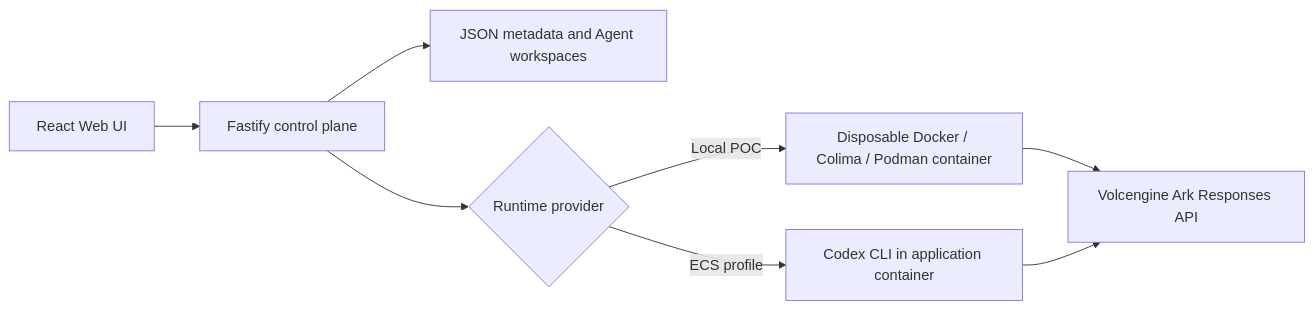
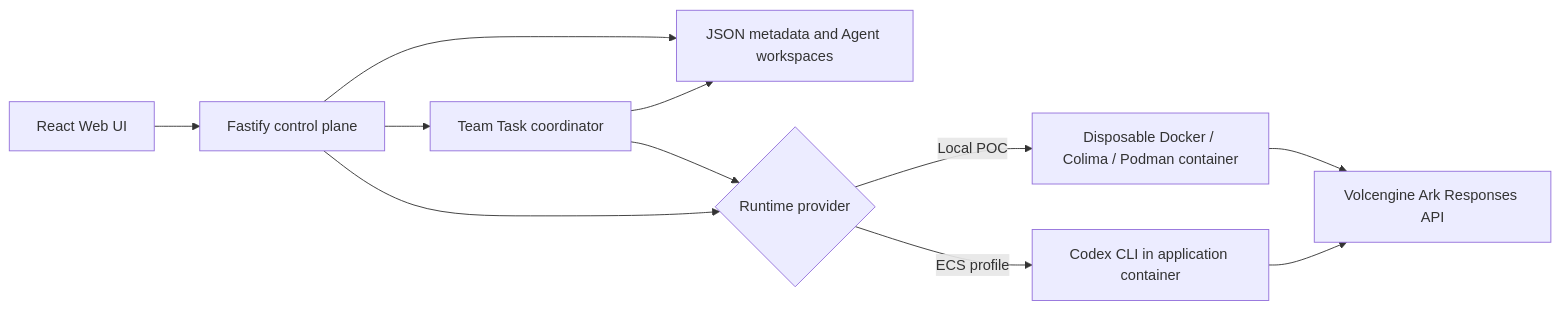
The diagram in README.md (waiyeeyuen/SmallPotato), drawn with Mermaid before and after one commit. The commit also changed other lines of this file and 17 other files, not shown here.

````diff
--- a/README.md
+++ b/README.md
@@ -215,10 +229,13 @@
 ```mermaid
 flowchart LR
     UI["React Web UI"] --> API["Fastify control plane"]
     API --> Store["JSON metadata and Agent workspaces"]
+    API --> Team["Team Task coordinator"]
+    Team --> Store
+    Team --> Runtime
     API --> Runtime{"Runtime provider"}
     Runtime -->|Local POC| Container["Disposable Docker / Colima / Podman container"]
     Runtime -->|ECS profile| Codex["Codex CLI in application container"]
     Container --> Ark["Volcengine Ark Responses API"]
     Codex --> Ark
 ```
````
